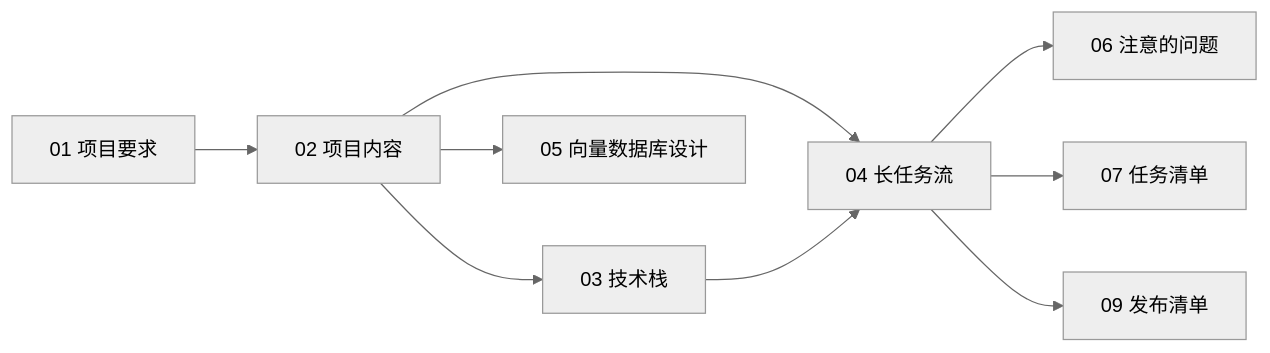
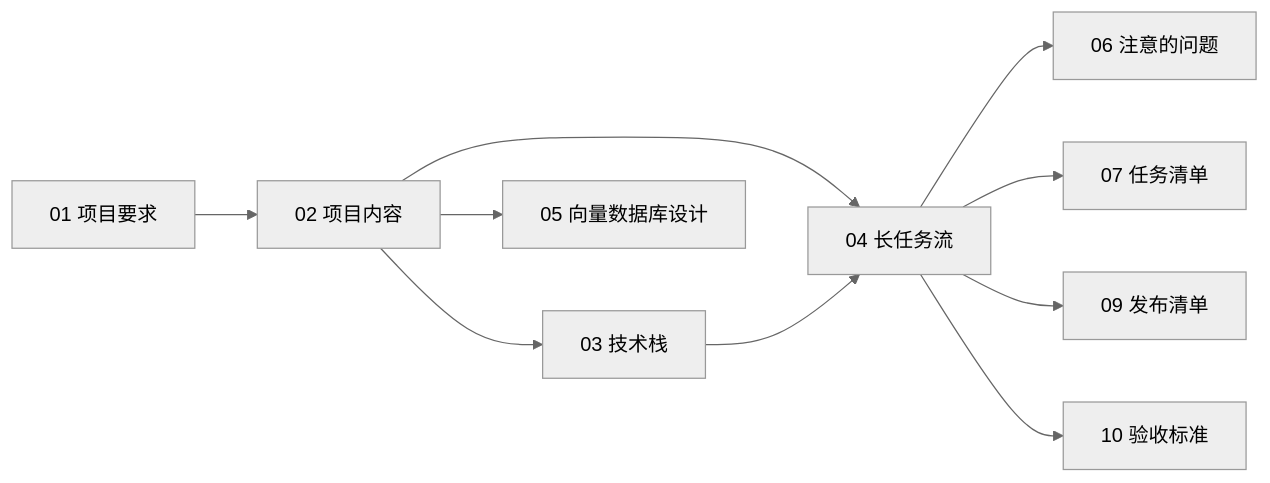
One commit to Lmeet61713/git_rag_agentic_demo changed the diagram in docs/00-文档索引.md. Above: the diagram before and after it, drawn with Mermaid (neutral theme). The commit also changed other lines of this file and 57 other files, not shown here.

````diff
--- a/docs/00-文档索引.md
+++ b/docs/00-文档索引.md
@@ -41,11 +46,12 @@
 ```mermaid
 flowchart LR
   REQ[01 项目要求] --> CONTENT[02 项目内容]
   CONTENT --> STACK[03 技术栈]
   CONTENT --> FLOW[04 长任务流]
   CONTENT --> VDB[05 向量数据库设计]
   STACK --> FLOW
   FLOW --> NOTES[06 注意的问题]
   FLOW --> TODO[07 任务清单]
   FLOW --> RELEASE[09 发布清单]
+  FLOW --> ACCEPT[10 验收标准]
 ```
````
